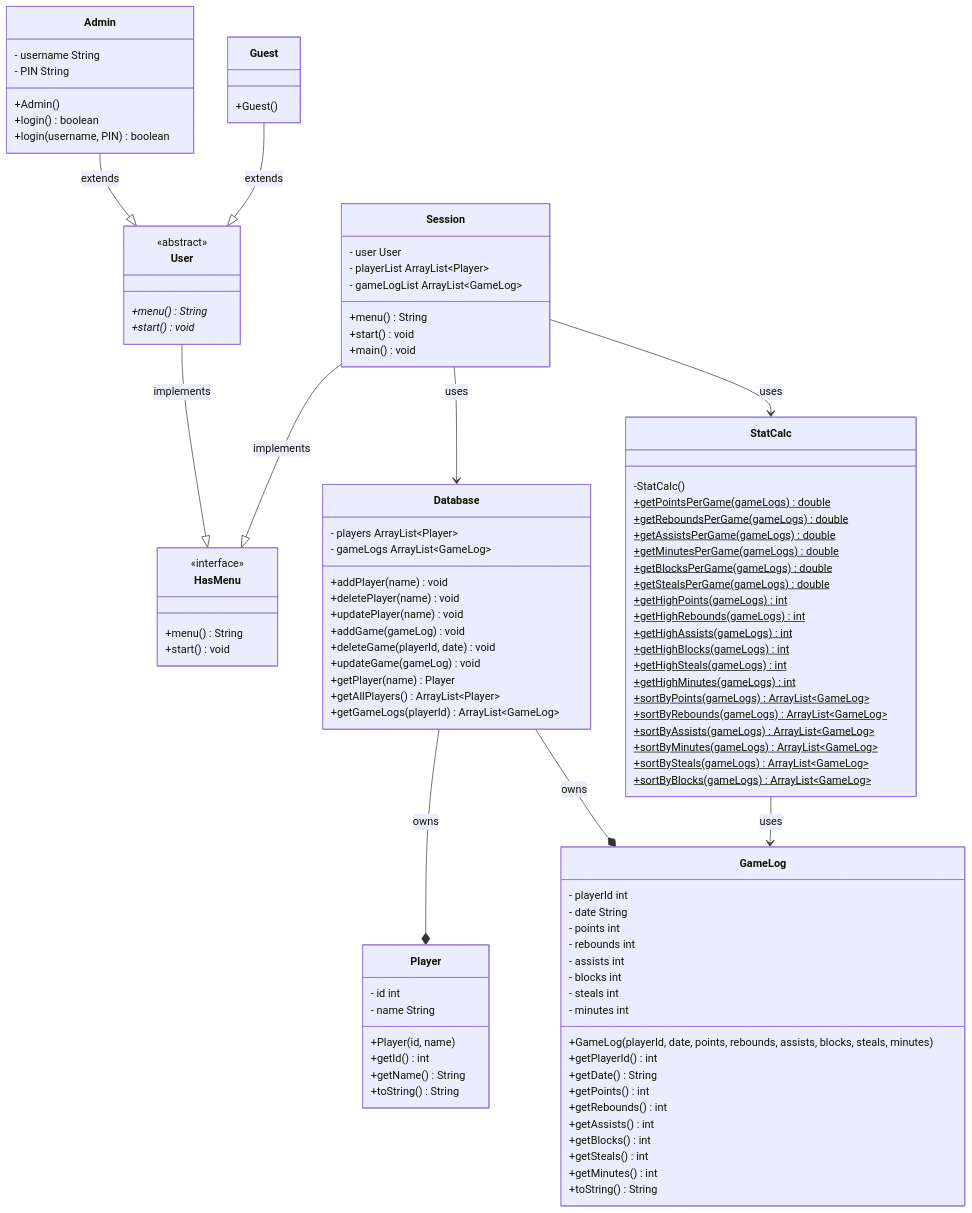
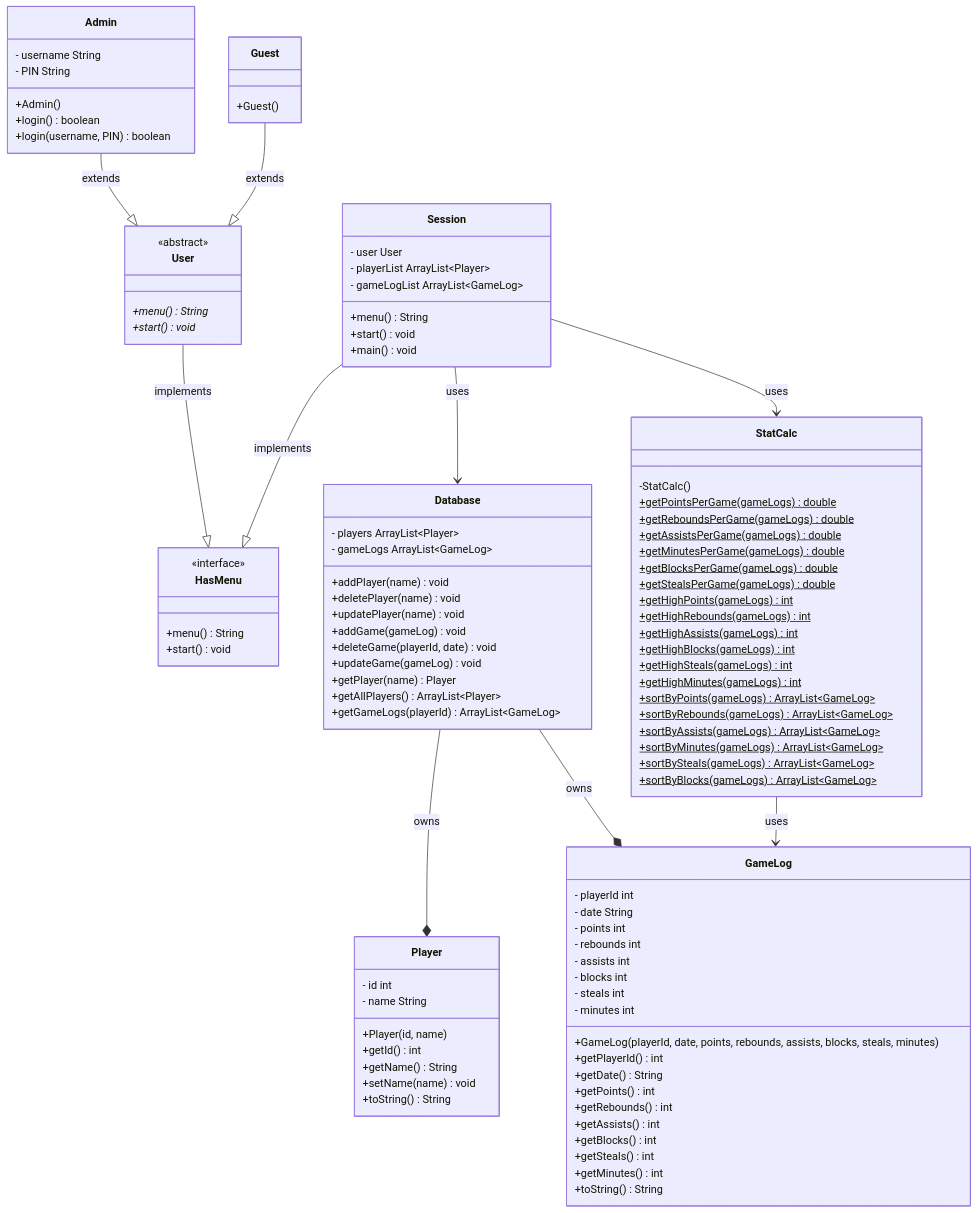
Before and after one commit to tommym-r/cs121finalProject: the diagram in README.md, drawn with Mermaid.

```diff
--- a/README.md
+++ b/README.md
@@ -51,6 +51,7 @@
     +Player(id, name)
     +getId() int
     +getName() String
+    +setName(name) void
     +toString() String
 }
 
```
